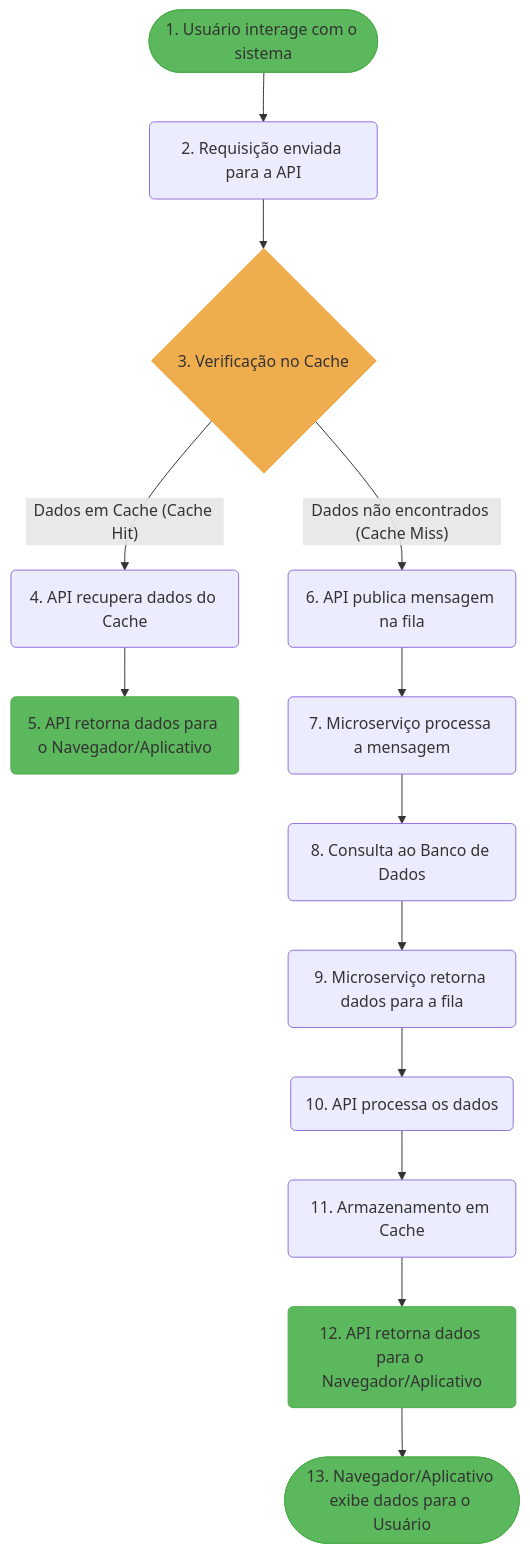
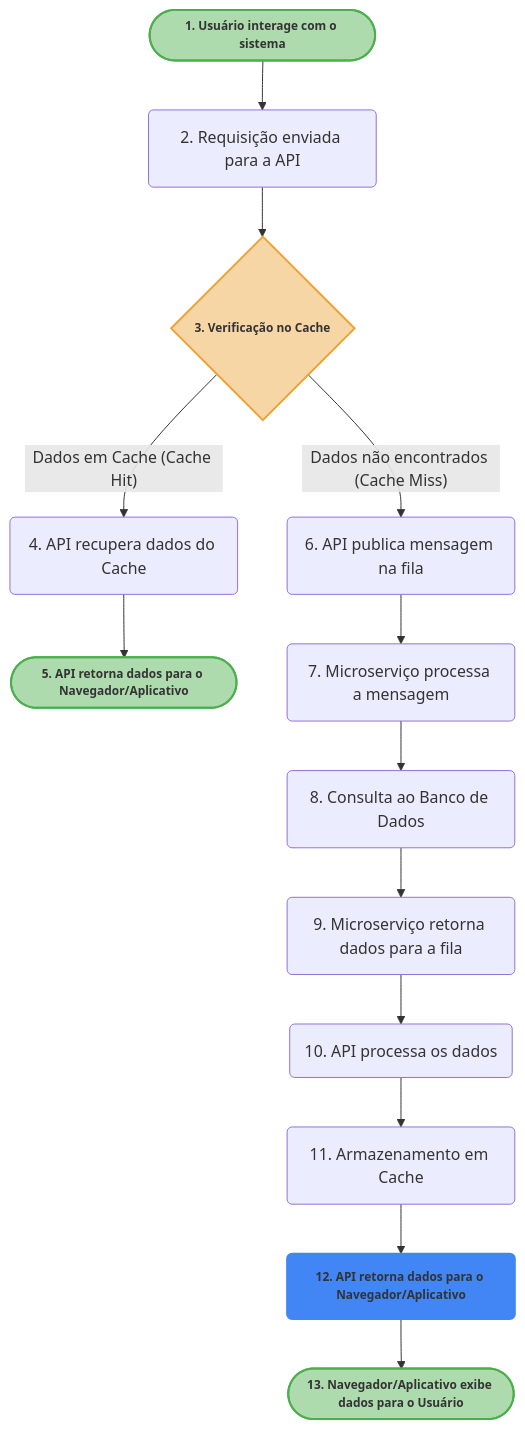
The diagram in test/README.md (WallaceSousa88/LifeHacksCode), drawn with Mermaid before and after one commit.

Commit message:
upd test

````diff
--- a/test/README.md
+++ b/test/README.md
@@ -2,21 +2,21 @@
 ```mermaid
 graph TD
     A([1. Usuário interage com o sistema]) --> B(2. Requisição enviada para a API)
     B --> C{3. Verificação no Cache}
     C -- Dados em Cache (Cache Hit) --> D(4. API recupera dados do Cache)
-    D --> E(5. API retorna dados para o Navegador/Aplicativo)
+    D --> E([5. API retorna dados para o Navegador/Aplicativo])
     C -- Dados não encontrados (Cache Miss) --> F(6. API publica mensagem na fila)
     F --> G(7. Microserviço processa a mensagem)
     G --> H(8. Consulta ao Banco de Dados)
     H --> I(9. Microserviço retorna dados para a fila)
     I --> J(10. API processa os dados)
     J --> K(11. Armazenamento em Cache)
     K --> L(12. API retorna dados para o Navegador/Aplicativo)
     L --> M([13. Navegador/Aplicativo exibe dados para o Usuário])
 
-    style A fill:#5cb85c,stroke:#4cae4c
-    style M fill:#5cb85c,stroke:#4cae4c
-    style C fill:#f0ad4e,stroke:#eea236
-    style E fill:#5cb85c,stroke:#4cae4c
-    style L fill:#5cb85c,stroke:#4cae4c
+    style A fill:#5cb85c80,stroke:#4cae4c,stroke-width:2px,text-align:center,font-weight:bold,font-size:12px
+    style M fill:#5cb85c80,stroke:#4cae4c,stroke-width:2px,text-align:center,font-weight:bold,font-size:12px
+    style C fill:#f0ad4e80,stroke:#eea236,stroke-width:2px,text-align:center,font-weight:bold,font-size:12px
+    style E fill:#5cb85c80,stroke:#4cae4c,stroke-width:2px,text-align:center,font-weight:bold,font-size:12px
+    style L fill:#4285f4,stroke:#4285f4,stroke-width:2px,text-align:center,font-weight:bold,font-size:12px
 ```
````
